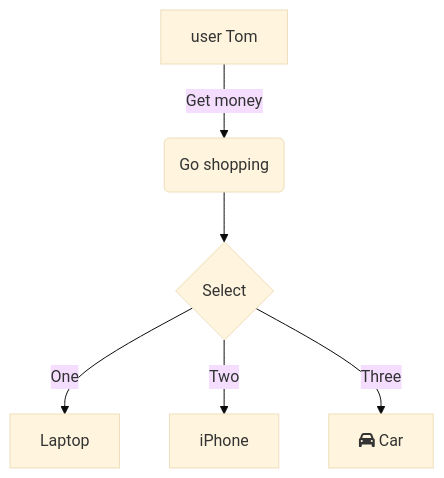
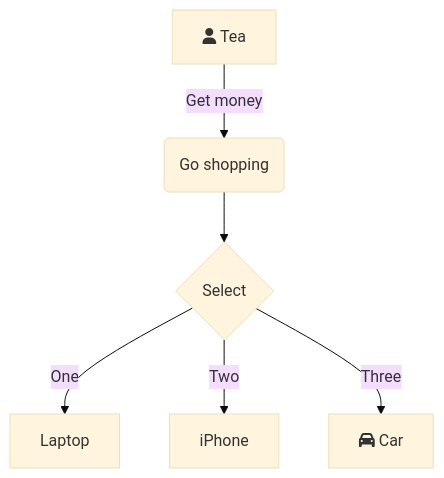
Before and after one commit to CharlieTD/iodraw-files: the diagram in all/未命名-2.md, drawn with Mermaid (base theme).

Commit message:
2024-07-15 22:38:57 update

````diff
--- a/all/未命名-2.md
+++ b/all/未命名-2.md
@@ -1,8 +1,8 @@
 ```mermaid
 graph TD
-    A[user Tom] -->|Get money| B(Go shopping)
+    A[fa:fa-user Tea] -->|Get money| B(Go shopping)
     B --> C{Select}
     C -->|One| D[Laptop]
     C -->|Two| E[iPhone]
     C -->|Three| F[fa:fa-car Car]
 ```
````
